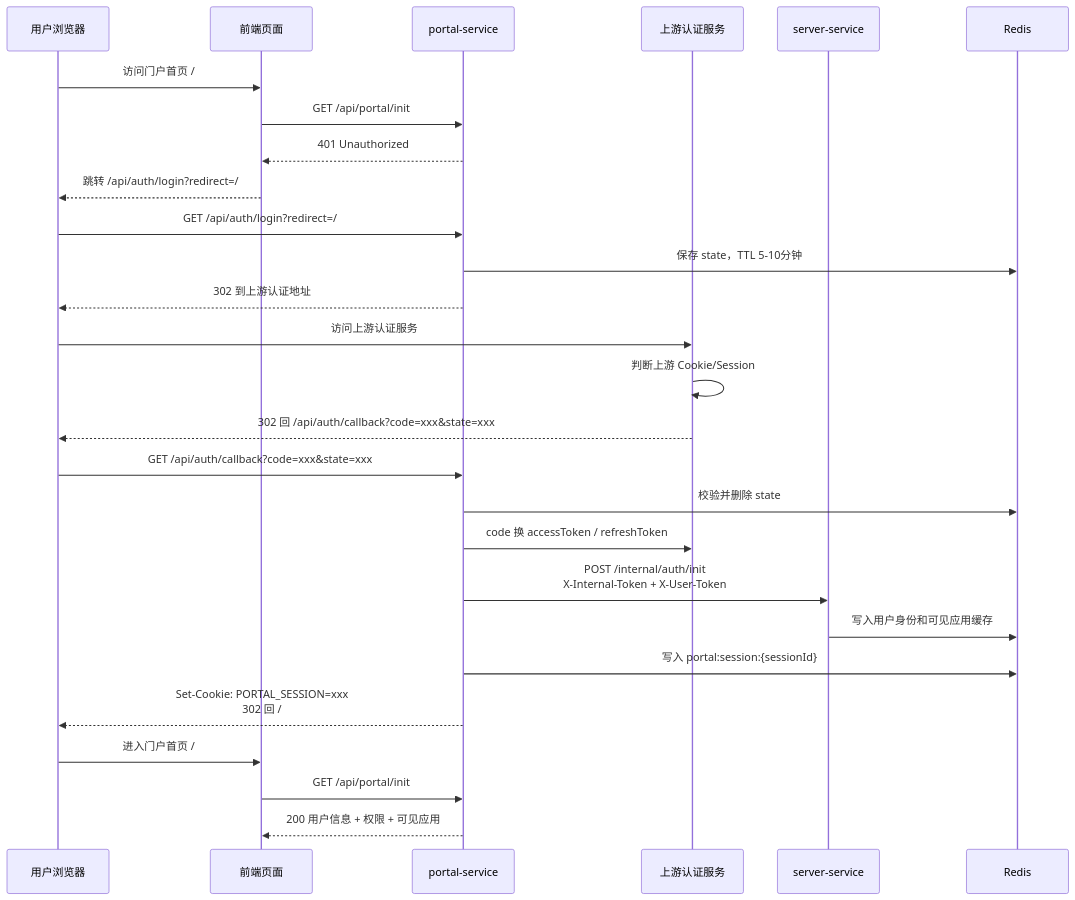
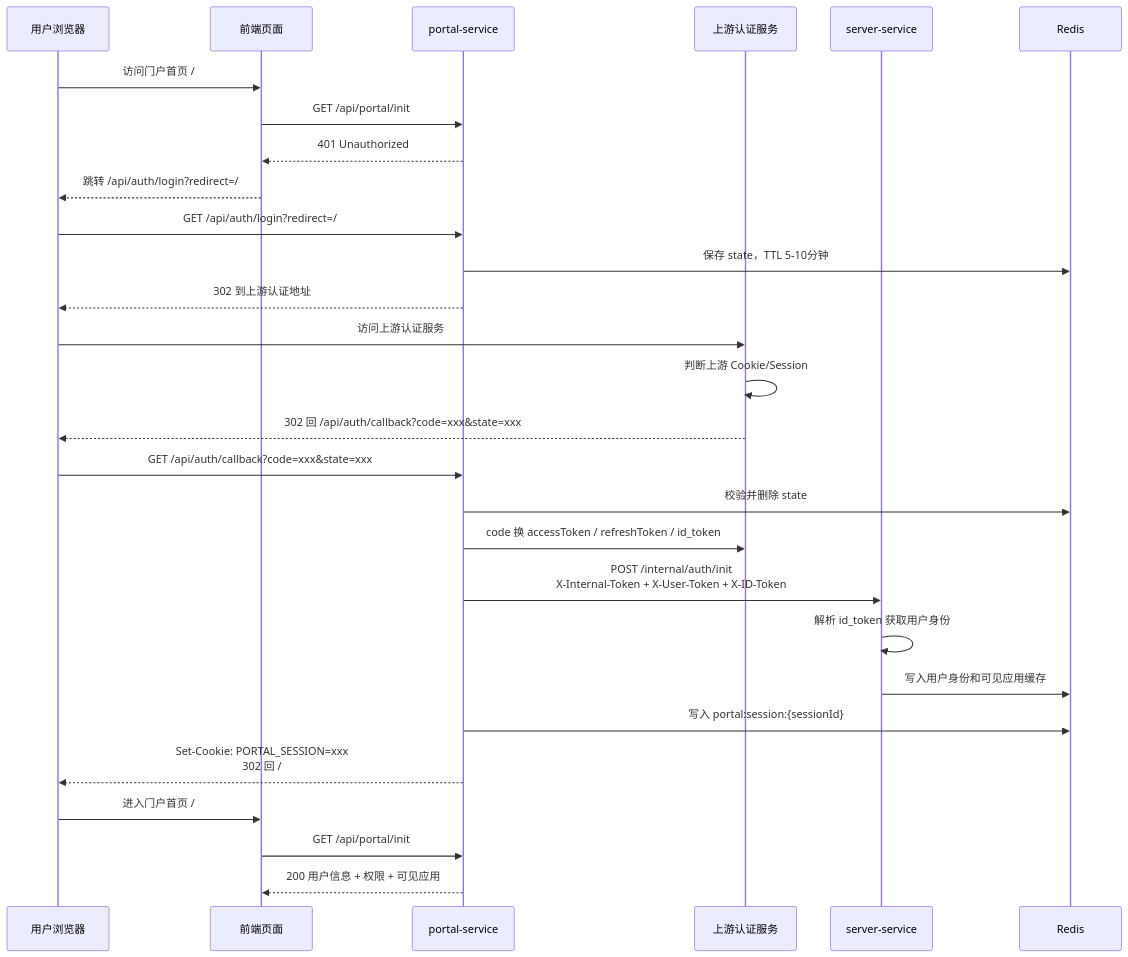
One commit to chanhoozhang-alt/portal-v2 changed the second of 6 diagrams in docs/认证设计.md. Above: the diagram before and after it, drawn with Mermaid. The commit also changed other lines of this file and 23 other files, not shown here.

````diff
--- a/docs/认证设计.md
+++ b/docs/认证设计.md
@@ -49,30 +49,31 @@
 ```mermaid
 sequenceDiagram
     participant U as 用户浏览器
     participant F as 前端页面
     participant P as portal-service
     participant A as 上游认证服务
     participant S as server-service
     participant R as Redis
 
     U->>F: 访问门户首页 /
     F->>P: GET /api/portal/init
     P-->>F: 401 Unauthorized
     F-->>U: 跳转 /api/auth/login?redirect=/
     U->>P: GET /api/auth/login?redirect=/
     P->>R: 保存 state，TTL 5-10分钟
     P-->>U: 302 到上游认证地址
     U->>A: 访问上游认证服务
     A->>A: 判断上游 Cookie/Session
     A-->>U: 302 回 /api/auth/callback?code=xxx&state=xxx
     U->>P: GET /api/auth/callback?code=xxx&state=xxx
     P->>R: 校验并删除 state
-    P->>A: code 换 accessToken / refreshToken
-    P->>S: POST /internal/auth/init<br/>X-Internal-Token + X-User-Token
+    P->>A: code 换 accessToken / refreshToken / id_token
+    P->>S: POST /internal/auth/init<br/>X-Internal-Token + X-User-Token + X-ID-Token
+    S->>S: 解析 id_token 获取用户身份
     S->>R: 写入用户身份和可见应用缓存
     P->>R: 写入 portal:session:{sessionId}
     P-->>U: Set-Cookie: PORTAL_SESSION=xxx<br/>302 回 /
     U->>F: 进入门户首页 /
     F->>P: GET /api/portal/init
     P-->>F: 200 用户信息 + 权限 + 可见应用
 ```
````
